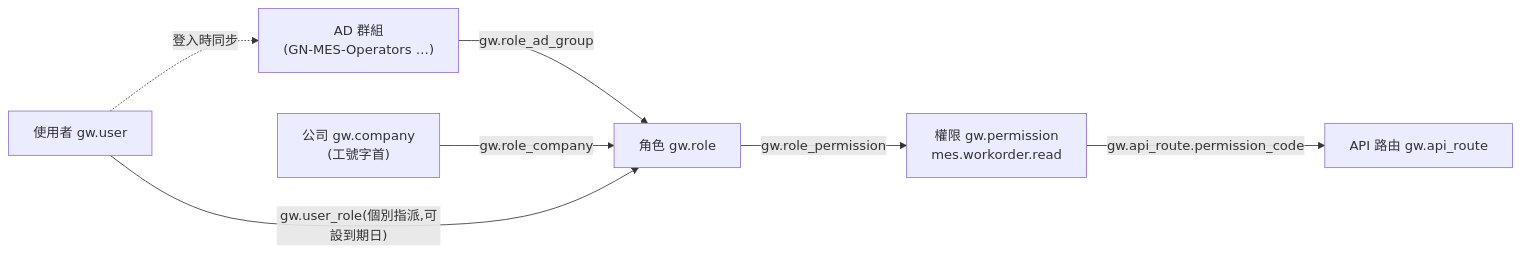
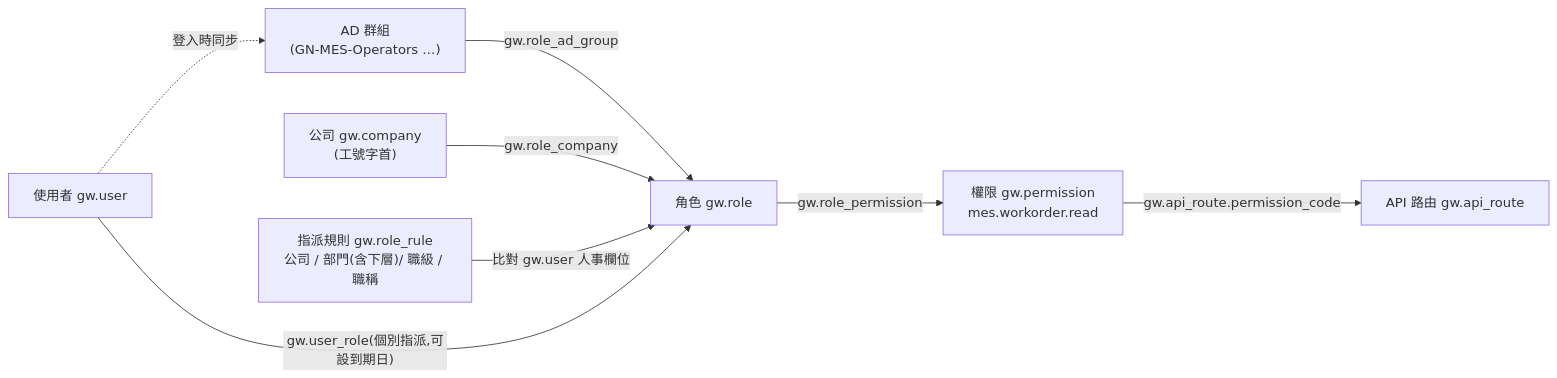
One commit to WeiWeicode/giga-api-gateway-bff changed the sixth of 7 diagrams in docs/PRD.md. Above: the diagram before and after it, drawn with Mermaid. The commit also changed other lines of this file and 9 other files, not shown here.

````diff
--- a/docs/PRD.md
+++ b/docs/PRD.md
@@ -524,9 +525,10 @@
 ```mermaid
 flowchart LR
     ADG["AD 群組<br/>(GN-MES-Operators …)"] -->|gw.role_ad_group| ROLE["角色 gw.role"]
     CO["公司 gw.company<br/>(工號字首)"] -->|gw.role_company| ROLE
+    RULE["指派規則 gw.role_rule<br/>公司 / 部門(含下層)/ 職級 / 職稱"] -->|"比對 gw.user 人事欄位"| ROLE
     USER["使用者 gw.user"] -->|"gw.user_role(個別指派,可設到期日)"| ROLE
     USER -.->|登入時同步| ADG
     ROLE -->|gw.role_permission| PERM["權限 gw.permission<br/>mes.workorder.read"]
     PERM -->|gw.api_route.permission_code| API["API 路由 gw.api_route"]
 ```
````
